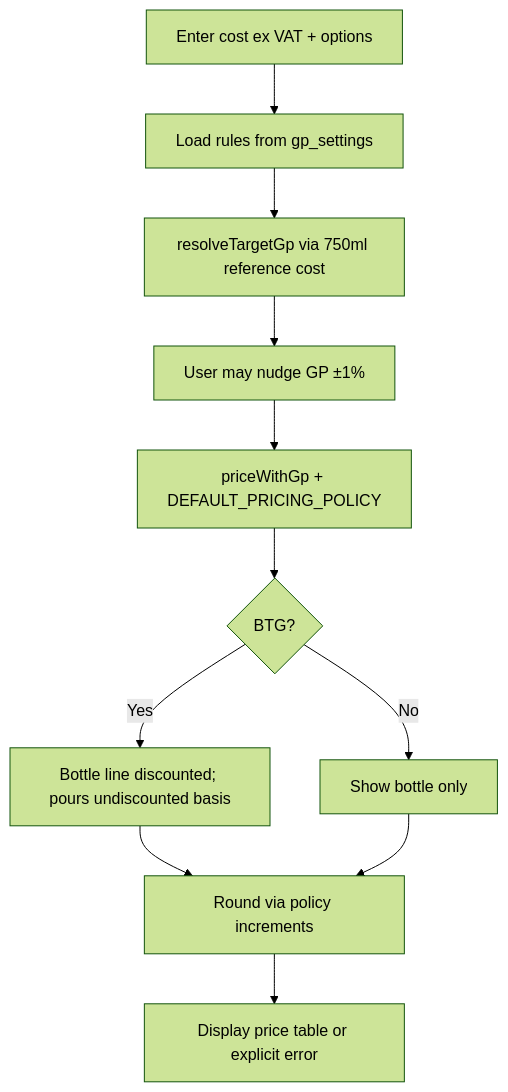
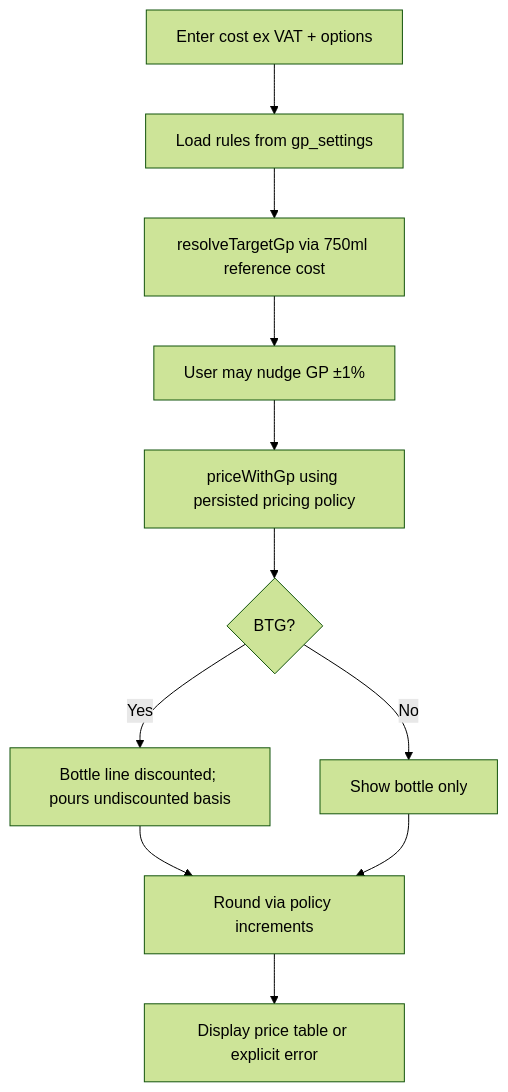
The sixth of 7 diagrams in docs/ARCHITECTURE.md (DanWarham/wine-gp-calculator), drawn with Mermaid (forest theme) before and after one commit. The commit also changed other lines of this file and 15 other files, not shown here.

````diff
--- a/docs/ARCHITECTURE.md
+++ b/docs/ARCHITECTURE.md
@@ -267,13 +268,13 @@
 ```mermaid
 flowchart TD
   A[Enter cost ex VAT + options] --> B[Load rules from gp_settings]
   B --> C[resolveTargetGp via 750ml reference cost]
   C --> D[User may nudge GP ±1%]
-  D --> E[priceWithGp + DEFAULT_PRICING_POLICY]
+  D --> E[priceWithGp using persisted pricing policy]
   E --> F{BTG?}
   F -->|Yes| G[Bottle line discounted; pours undiscounted basis]
   F -->|No| H[Show bottle only]
   G --> I[Round via policy increments]
   H --> I
   I --> J[Display price table or explicit error]
 ```
````
